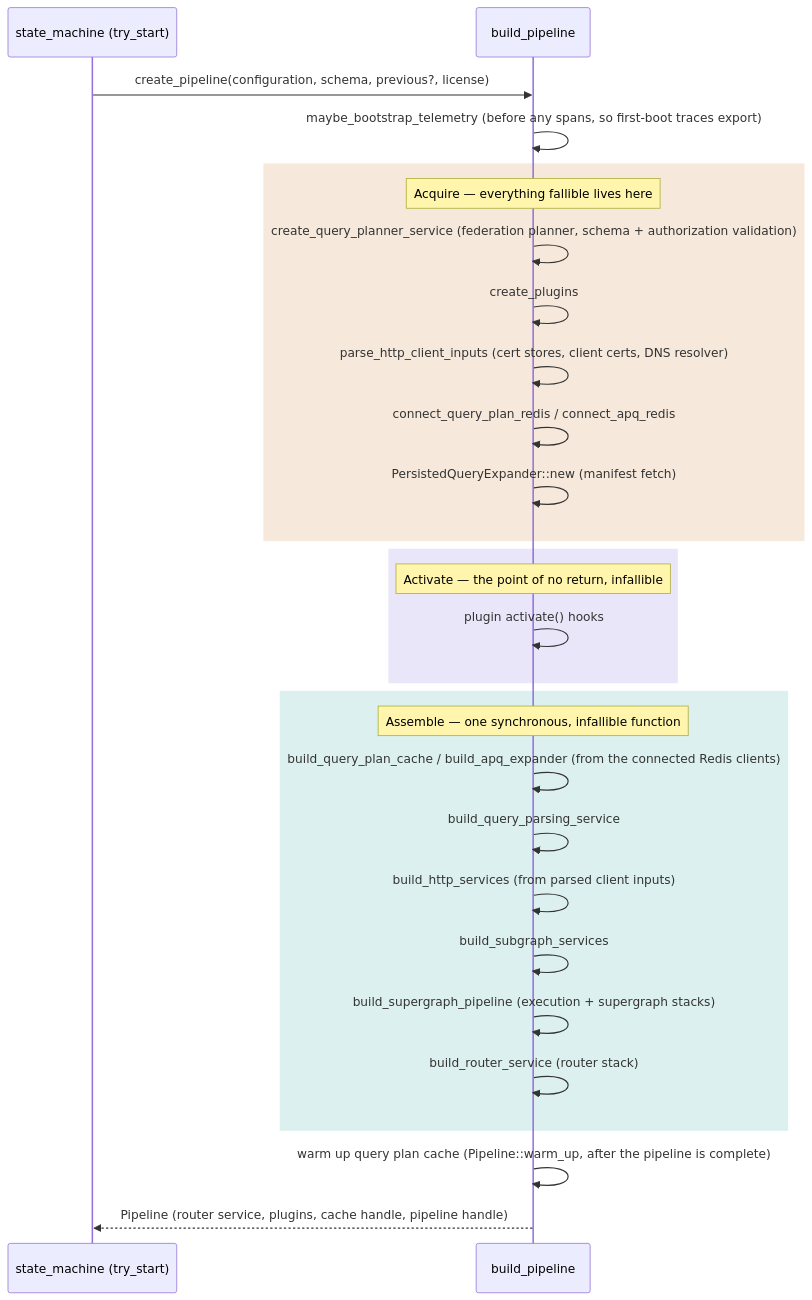
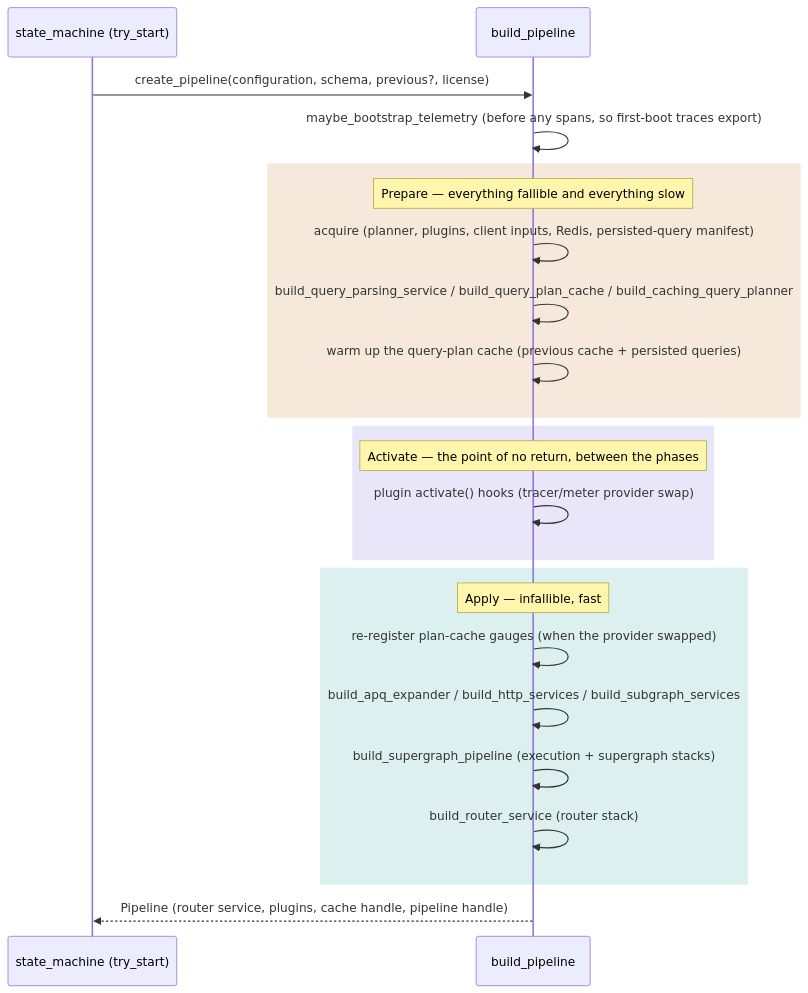
Before and after one commit to apollographql/router: the diagram in dev-docs/pipeline-construction.md, drawn with Mermaid. The commit also changed other lines of this file and 8 other files, not shown here.

````diff
--- a/dev-docs/pipeline-construction.md
+++ b/dev-docs/pipeline-construction.md
@@ -11,37 +11,31 @@
 ```mermaid
 sequenceDiagram
     participant SM as state_machine (try_start)
     participant BP as build_pipeline
 
     SM->>BP: create_pipeline(configuration, schema, previous?, license)
 
     BP->>BP: maybe_bootstrap_telemetry (before any spans, so first-boot traces export)
 
     rect rgba(192, 106, 16, 0.15)
-        Note over BP: Acquire — everything fallible lives here
-        BP->>BP: create_query_planner_service (federation planner, schema + authorization validation)
-        BP->>BP: create_plugins
-        BP->>BP: parse_http_client_inputs (cert stores, client certs, DNS resolver)
-        BP->>BP: connect_query_plan_redis / connect_apq_redis
-        BP->>BP: PersistedQueryExpander::new (manifest fetch)
+        Note over BP: Prepare — everything fallible and everything slow
+        BP->>BP: acquire (planner, plugins, client inputs, Redis, persisted-query manifest)
+        BP->>BP: build_query_parsing_service / build_query_plan_cache / build_caching_query_planner
+        BP->>BP: warm up the query-plan cache (previous cache + persisted queries)
     end
 
     rect rgba(110, 90, 220, 0.15)
-        Note over BP: Activate — the point of no return, infallible
-        BP->>BP: plugin activate() hooks
+        Note over BP: Activate — the point of no return, between the phases
+        BP->>BP: plugin activate() hooks (tracer/meter provider swap)
     end
 
     rect rgba(20, 160, 150, 0.15)
-        Note over BP: Assemble — one synchronous, infallible function
-        BP->>BP: build_query_plan_cache / build_apq_expander (from the connected Redis clients)
-        BP->>BP: build_query_parsing_service
-        BP->>BP: build_http_services (from parsed client inputs)
-        BP->>BP: build_subgraph_services
+        Note over BP: Apply — infallible, fast
+        BP->>BP: re-register plan-cache gauges (when the provider swapped)
+        BP->>BP: build_apq_expander / build_http_services / build_subgraph_services
         BP->>BP: build_supergraph_pipeline (execution + supergraph stacks)
         BP->>BP: build_router_service (router stack)
     end
 
-    BP->>BP: warm up query plan cache (Pipeline::warm_up, after the pipeline is complete)
-
     BP-->>SM: Pipeline (router service, plugins, cache handle, pipeline handle)
 ```
````
